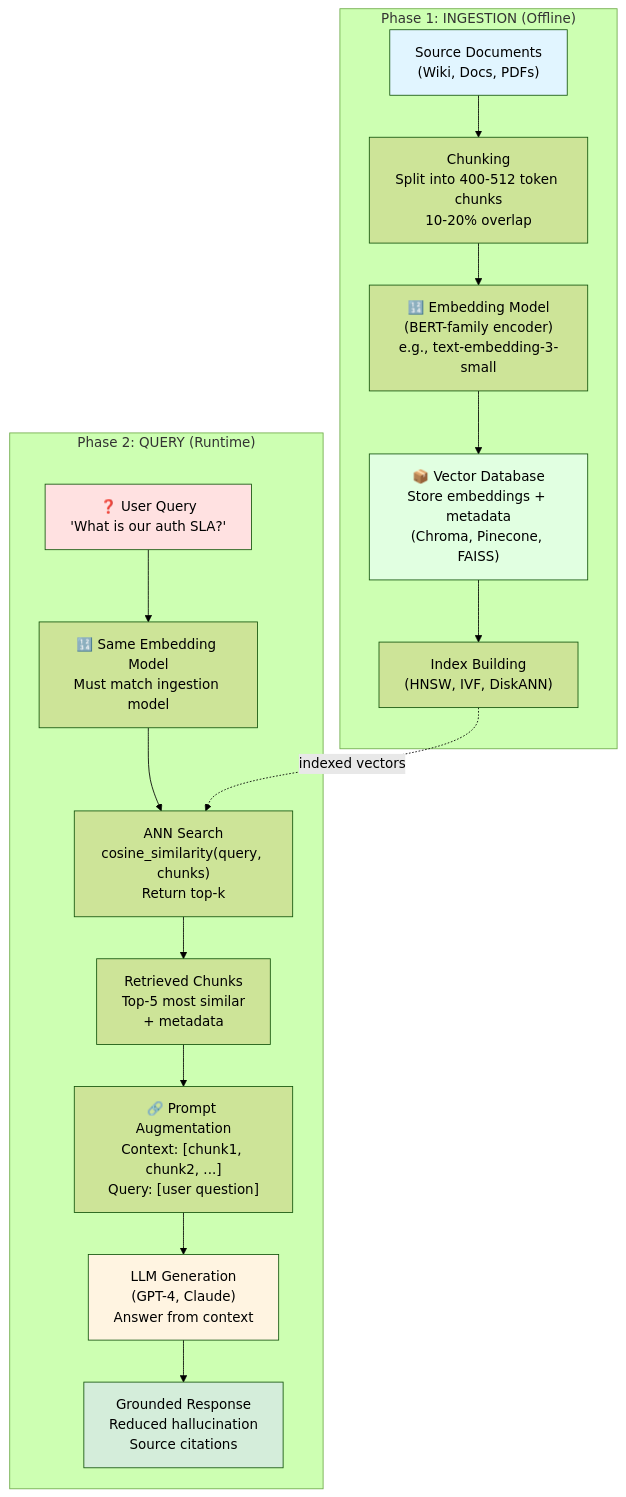
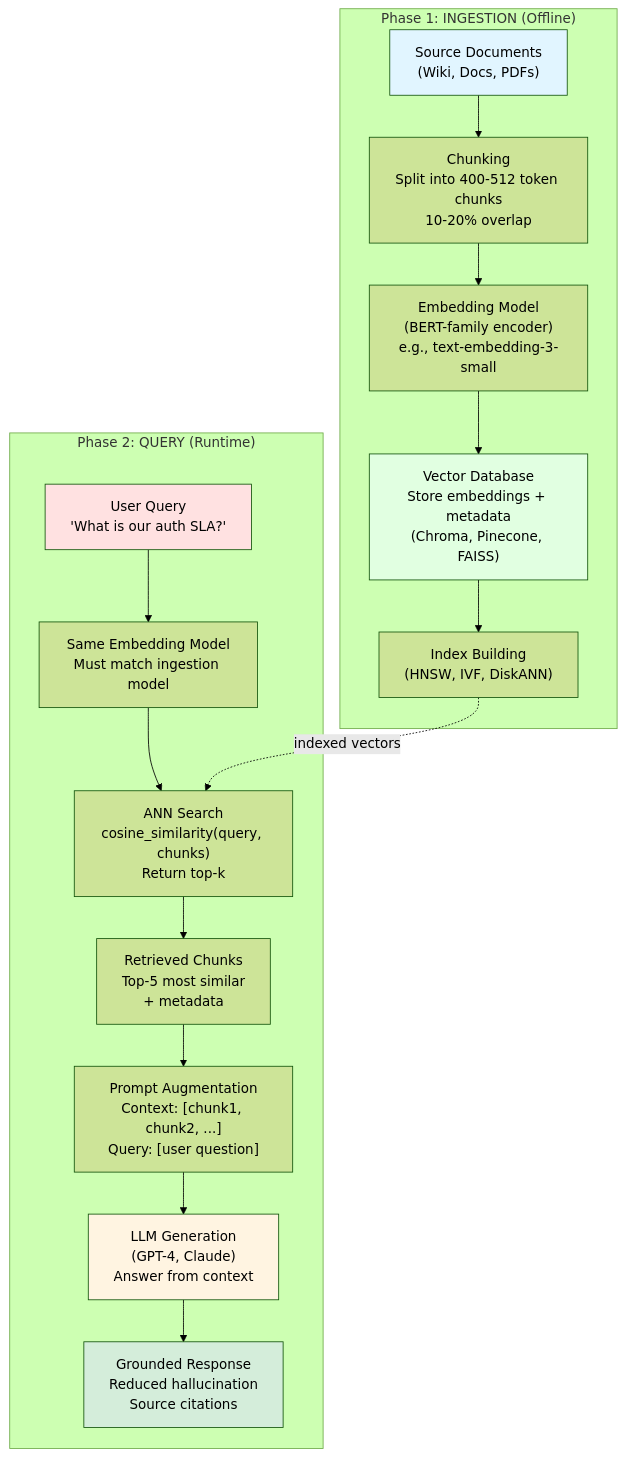
One commit to dsgouda7/ai-portfolio changed the second of 3 diagrams in notes/03-ai/ch07-rag-and-embeddings/rag-and-embeddings.md. Above: the diagram before and after it, drawn with Mermaid (forest theme). The commit also changed other lines of this file and 391 other files, not shown here.

````diff
--- a/notes/03-ai/ch07-rag-and-embeddings/rag-and-embeddings.md
+++ b/notes/03-ai/ch07-rag-and-embeddings/rag-and-embeddings.md
@@ -553,25 +553,25 @@
 ```mermaid
 flowchart TB
  subgraph "Phase 1: INGESTION (Offline)"
  A[" Source Documents<br/>(Wiki, Docs, PDFs)"] --> B[" Chunking<br/>Split into 400-512 token chunks<br/>10-20% overlap"]
- B --> C["🔢 Embedding Model<br/>(BERT-family encoder)<br/>e.g., text-embedding-3-small"]
- C --> D["📦 Vector Database<br/>Store embeddings + metadata<br/>(Chroma, Pinecone, FAISS)"]
+ B --> C[" Embedding Model<br/>(BERT-family encoder)<br/>e.g., text-embedding-3-small"]
+ C --> D[" Vector Database<br/>Store embeddings + metadata<br/>(Chroma, Pinecone, FAISS)"]
  D --> E[" Index Building<br/>(HNSW, IVF, DiskANN)"]
  end
 
  subgraph "Phase 2: QUERY (Runtime)"
- F["❓ User Query<br/>'What is our auth SLA?'"] --> G["🔢 Same Embedding Model<br/>Must match ingestion model"]
+ F[" User Query<br/>'What is our auth SLA?'"] --> G[" Same Embedding Model<br/>Must match ingestion model"]
  G --> H[" ANN Search<br/>cosine_similarity(query, chunks)<br/>Return top-k"]
  E -."indexed vectors".-> H
  H --> I[" Retrieved Chunks<br/>Top-5 most similar<br/>+ metadata"]
- I --> J["🔗 Prompt Augmentation<br/>Context: [chunk1, chunk2, ...]<br/>Query: [user question]"]
+ I --> J[" Prompt Augmentation<br/>Context: [chunk1, chunk2, ...]<br/>Query: [user question]"]
  J --> K[" LLM Generation<br/>(GPT-4, Claude)<br/>Answer from context"]
  K --> L[" Grounded Response<br/>Reduced hallucination<br/>Source citations"]
  end
 
  style A fill:#e1f5ff
  style D fill:#e1ffe1
  style F fill:#ffe1e1
  style K fill:#fff4e1
  style L fill:#d4edda
 ```
````
